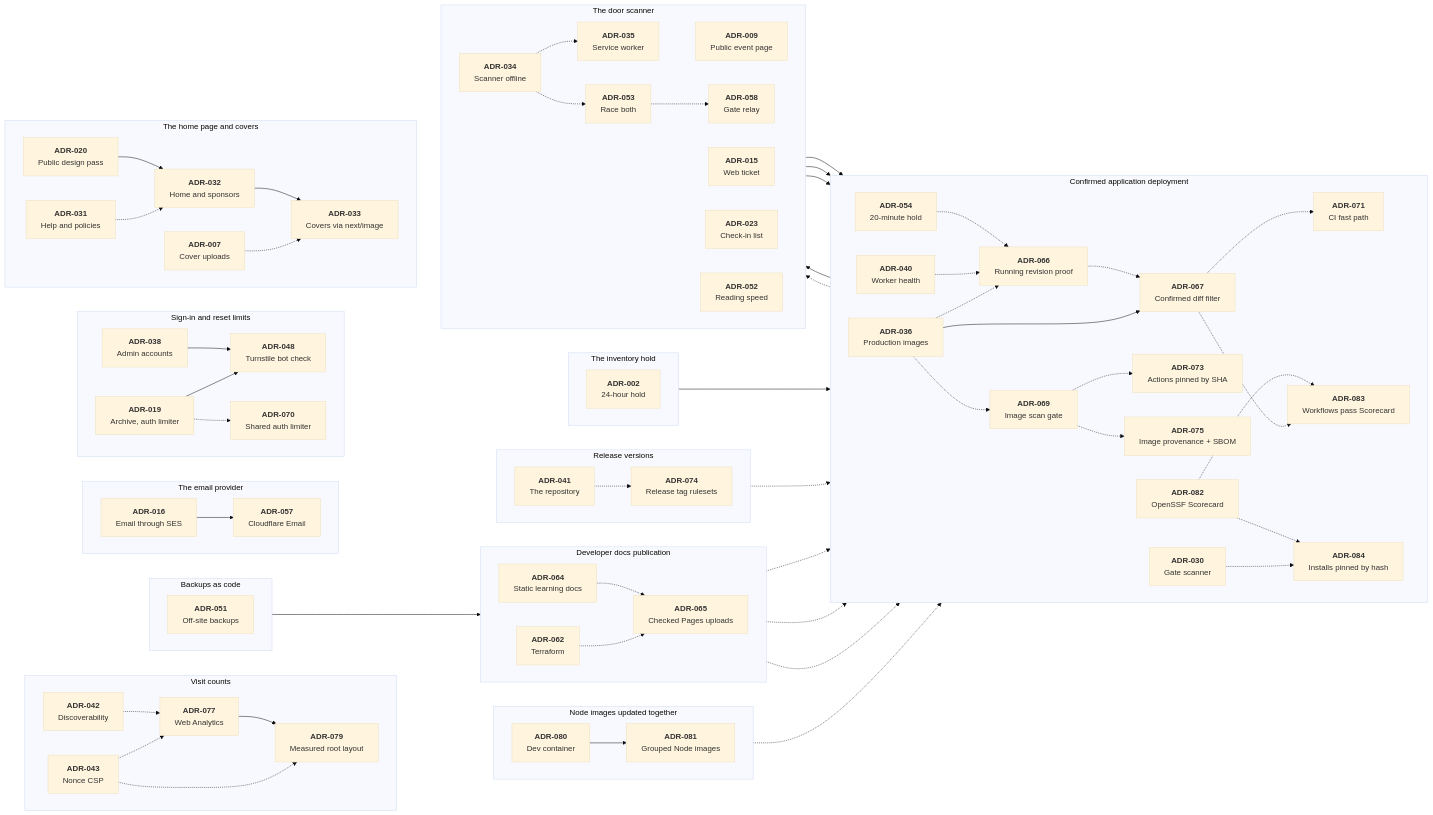
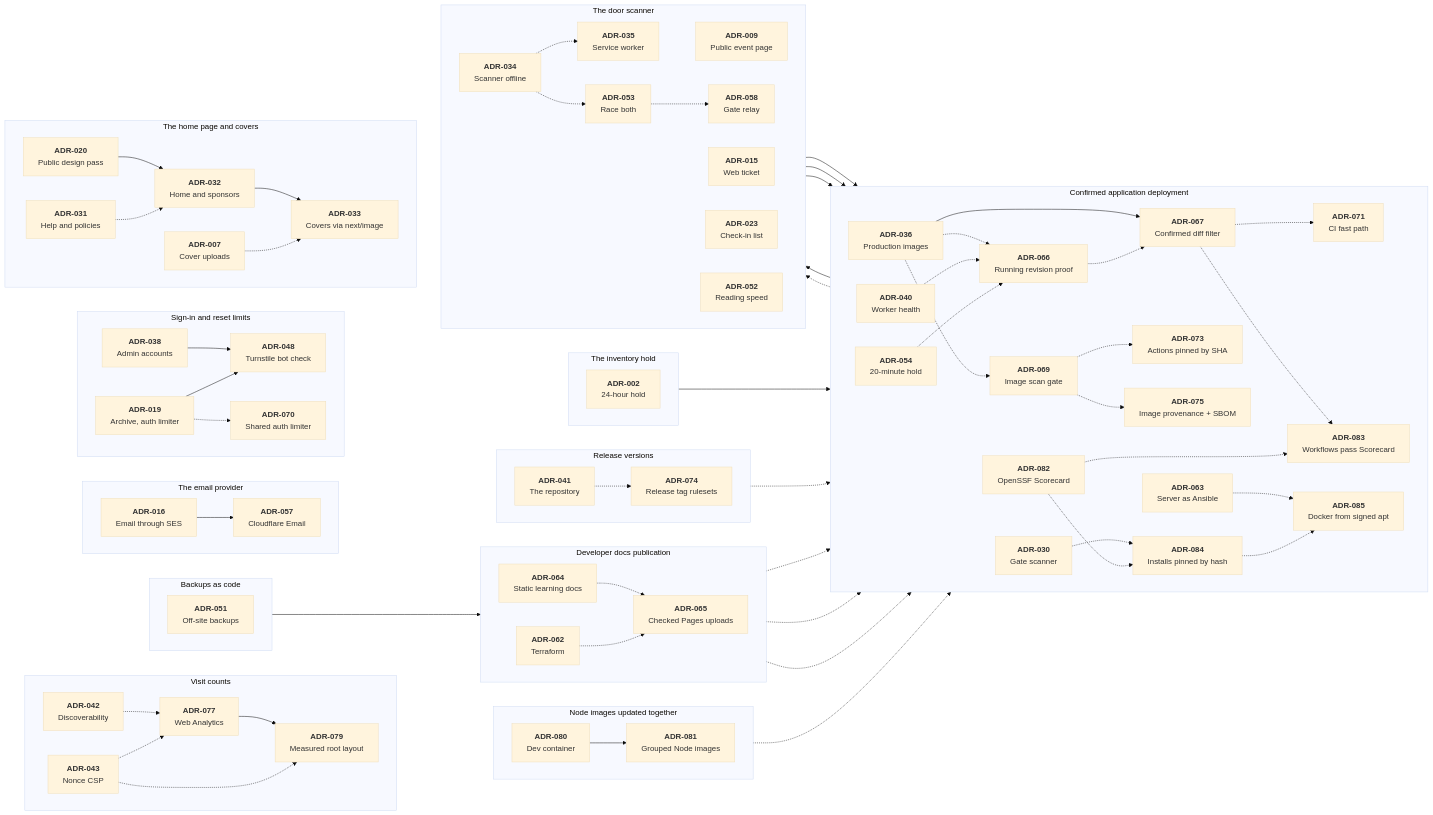
One commit to Ashfak-Hossain/EchoAndAura changed the diagram in docs/decisions/README.md. Above: the diagram before and after it, drawn with Mermaid (base theme). The commit also changed other lines of this file and 14 other files, not shown here.

First line of the commit message:
ci(ansible): install Docker from its signed apt repository

```diff
--- a/docs/decisions/README.md
+++ b/docs/decisions/README.md
@@ -95,6 +95,10 @@
         Workflows pass Scorecard`"]
         a084["`**ADR-084**
         Installs pinned by hash`"]
+        a063["`**ADR-063**
+        Server as Ansible`"]
+        a085["`**ADR-085**
+        Docker from signed apt`"]
         a036 -.-> a066
         a040 -.-> a066
         a054 -.-> a066
@@ -112,6 +116,8 @@
         a030 -.-> a084
         a081 -.-> a084
         a082 -.-> a084
+        a063 -.-> a085
+        a084 -.-> a085
     end
     %% Mermaid draws the last group on top, so the groups are declared bottom first.
     subgraph analytics ["Visit counts"]
```
